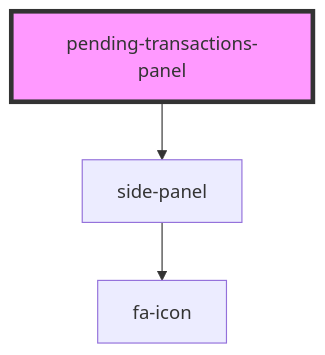
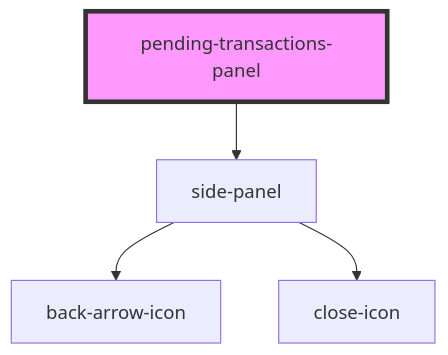
Before and after one commit to multiversx/mx-sdk-dapp-ui: the diagram in src/components/functional/pending-transactions-panel/readme.md, drawn with Mermaid. The commit also changed 19 other files, not shown here.

````diff
--- a/src/components/functional/pending-transactions-panel/readme.md
+++ b/src/components/functional/pending-transactions-panel/readme.md
@@ -35,6 +35,7 @@
 ```mermaid
 graph TD;
   pending-transactions-panel --> side-panel
-  side-panel --> fa-icon
+  side-panel --> back-arrow-icon
+  side-panel --> close-icon
   style pending-transactions-panel fill:#f9f,stroke:#333,stroke-width:4px
 ```
````
